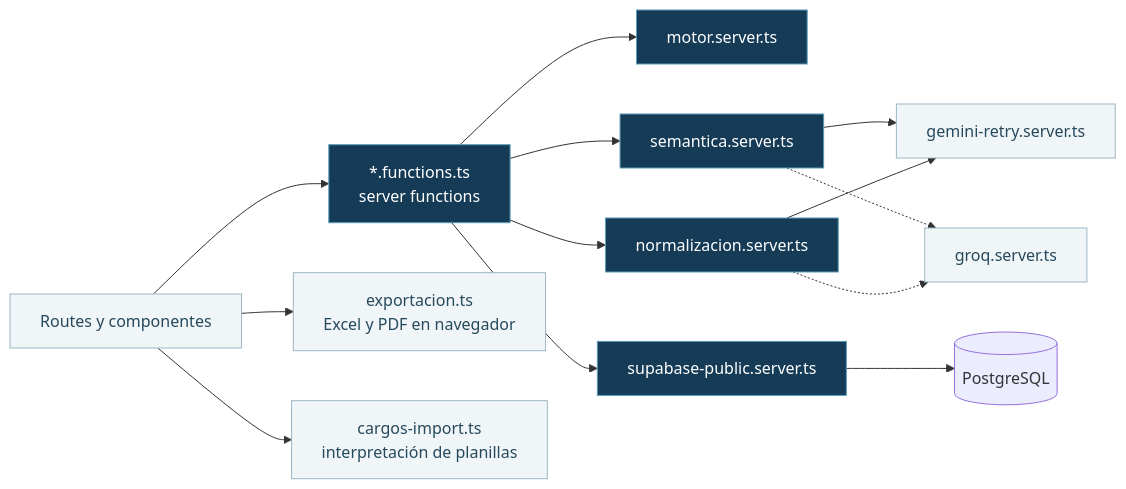
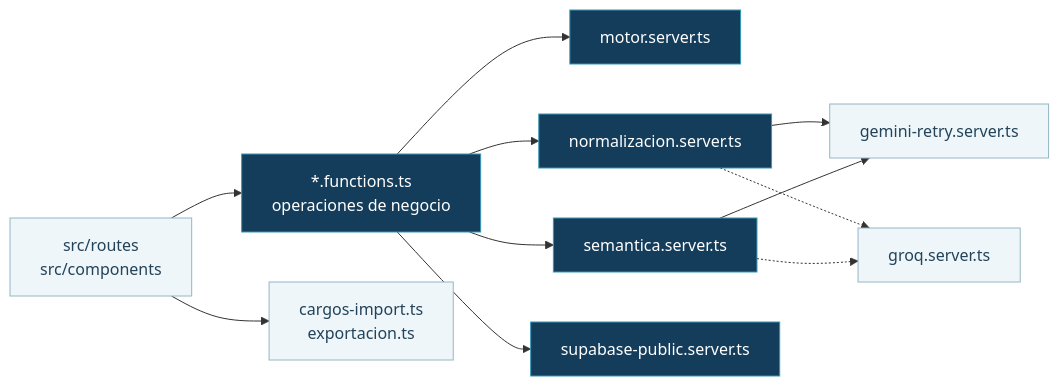
Before and after one commit to NicoCG32/Espejo-Homologa: the third of 4 diagrams in docs/tecnica/01-arquitectura.md, drawn with Mermaid. The commit also changed other lines of this file and 21 other files, not shown here.

````diff
--- a/docs/tecnica/01-arquitectura.md
+++ b/docs/tecnica/01-arquitectura.md
@@ -65,19 +59,17 @@
 ```mermaid
 flowchart LR
-  UI[Routes y componentes] --> F[*.functions.ts<br/>server functions]
-  F --> M[motor.server.ts]
-  F --> N[normalizacion.server.ts]
-  F --> S[semantica.server.ts]
-  S --> R[gemini-retry.server.ts]
-  N --> R
-  S -.-> G[groq.server.ts]
-  N -.-> G
-  F --> DB[supabase-public.server.ts]
-  DB --> P[(PostgreSQL)]
-  UI --> X[exportacion.ts<br/>Excel y PDF en navegador]
-  UI --> I[cargos-import.ts<br/>interpretación de planillas]
-  classDef core fill:#153B56,color:#fff,stroke:#5A9DB9;
-  classDef aux fill:#F0F5F8,color:#26495C,stroke:#9CB6C3;
-  class F,M,N,S,DB core;
-  class UI,R,G,X,I aux;
+  ROUTES["src/routes<br/>src/components"] --> F["*.functions.ts<br/>operaciones de negocio"]
+  F --> M["motor.server.ts"]
+  F --> N["normalizacion.server.ts"]
+  F --> S["semantica.server.ts"]
+  N --> RET["gemini-retry.server.ts"]
+  S --> RET
+  N -.-> GROQ["groq.server.ts"]
+  S -.-> GROQ
+  F --> DB["supabase-public.server.ts"]
+  ROUTES --> XLS["cargos-import.ts<br/>exportacion.ts"]
+  classDef main fill:#143D5B,stroke:#3896B7,color:#FFFFFF;
+  classDef aux fill:#EEF6F9,stroke:#95B6C6,color:#22435A;
+  class F,M,N,S,DB main;
+  class ROUTES,RET,GROQ,XLS aux;
 ```
````
